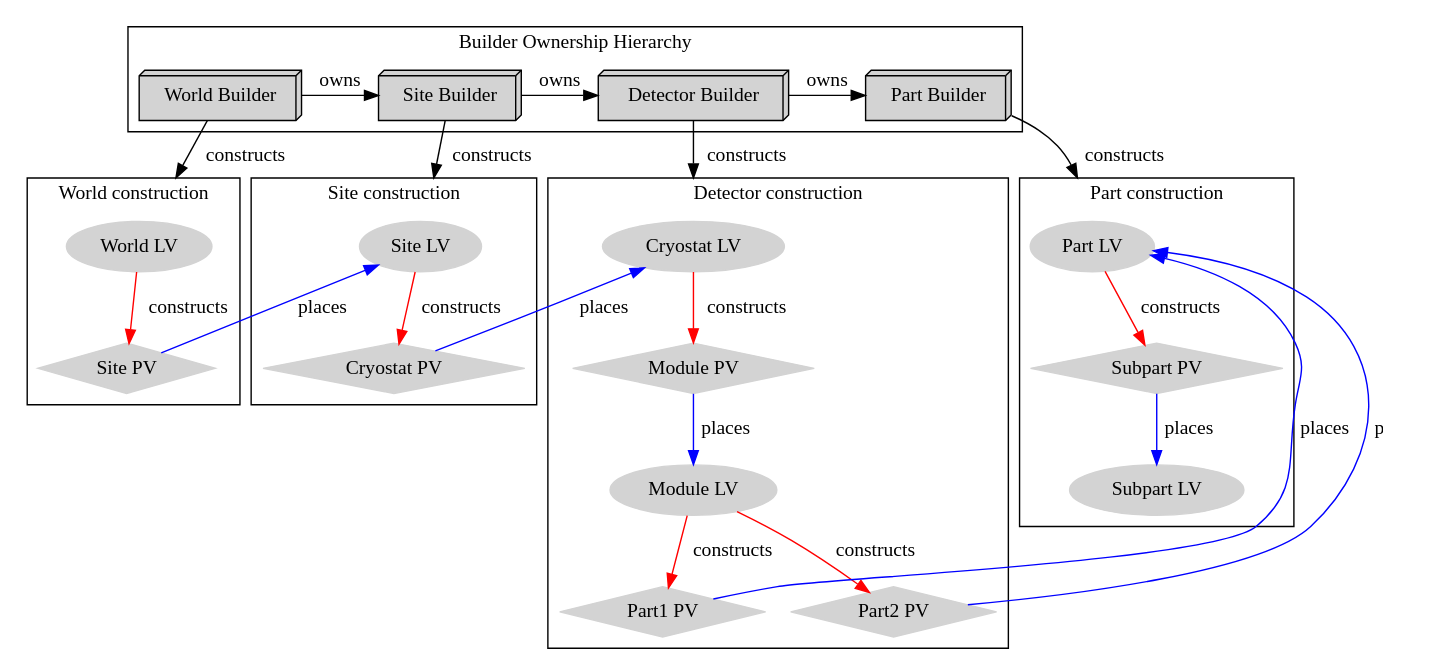
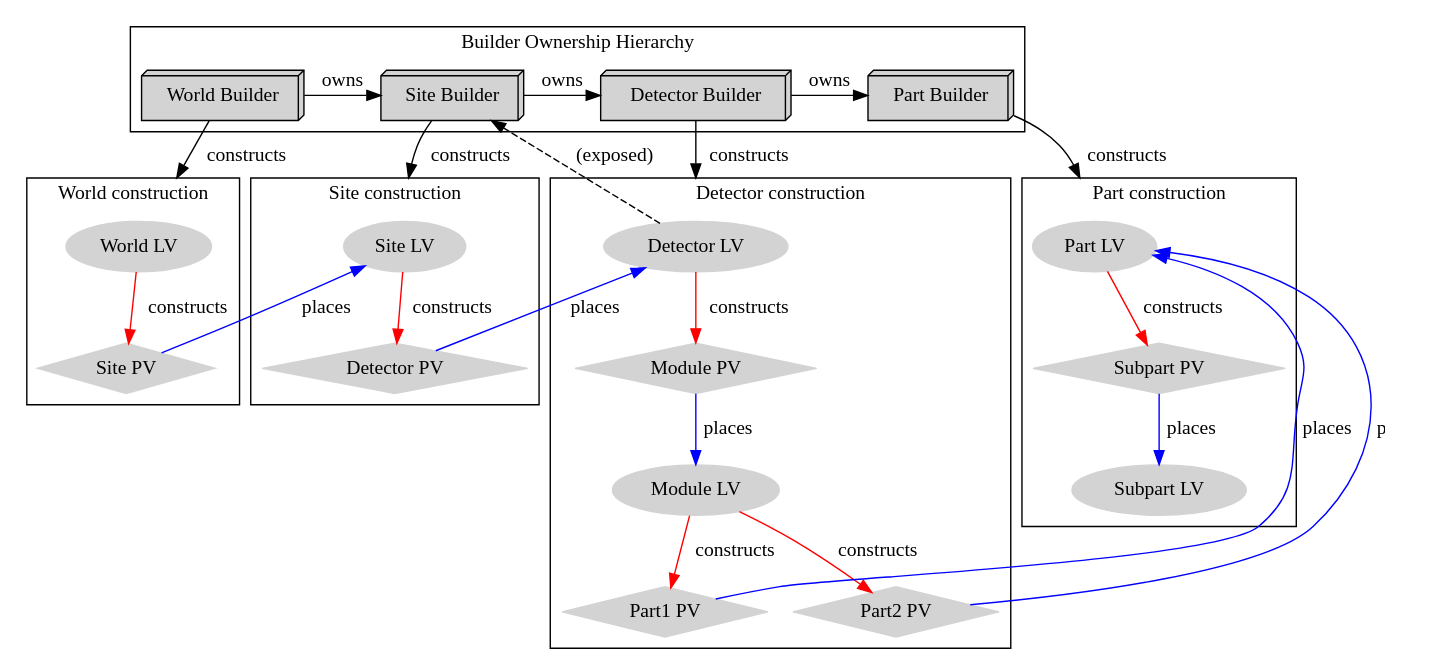
Before and after one commit to brettviren/gegede: the diagram in doc/buildhier2.dot, drawn with Graphviz. The commit also changed 1 other file, not shown here.

```diff
--- a/doc/buildhier2.dot
+++ b/doc/buildhier2.dot
@@ -1,78 +1,81 @@
 digraph "buildhier" {
 	graph [dpi = 75];
 	
 
 
 	// builders
 	subgraph cluster_builders {
 		rankdir=LR;
 		
 		label="Builder Ownership Hierarchy";
 		node[group=builders, shape=box3d,style=filled]
 		worldB[label="World Builder"];
 		siteB[label="Site Builder"];
 		detB[label="Detector Builder"];
 		apaB[label="Part Builder"];
 		{rank=same;worldB;siteB;detB;apaB}
 		worldB->siteB->detB->apaB[label="owns", constraint=false];
 	}
 
 	// logical volumes
 	node[group=lvols, shape=ellipse, style=filled, color=lightgrey];
         worldLV[label="World LV"];
 	siteLV[label="Site LV"];
-	tankLV[label="Cryostat LV"];
+	tankLV[label="Detector LV"];
 	larLV[label="Module LV"];
 	apaLV[label="Part LV"];
 	wiresLV[label="Subpart LV"];
         
 	// placements
 	node[group=pvols, shape=diamond, style=filled, color=lightgrey];
 	sitePV [label="Site PV"];
-	tankPV [label="Cryostat PV"];
+	tankPV [label="Detector PV"];
 	larPV [label="Module PV"];
 	apaPV1 [label="Part1 PV"];
 	apaPV2 [label="Part2 PV"];
 	wiresPV [label="Subpart PV"];
 
 	// any other nodes are invisible
 	node[shape=none, width=0, height=0, label=""];
 	edge[color="red",label="constructs"];
 
 	subgraph cluster_worldB {
 		label="World construction";
 		worldLV -> sitePV;
 	}
 	subgraph cluster_siteB {
 		label="Site construction";
 		siteLV -> tankPV;
 	}
 	subgraph cluster_detB {
 		label="Detector construction";
 		tankLV -> larPV;
 		larPV -> larLV[color=blue,label="places"];
 		larLV -> apaPV1;
 		larLV -> apaPV2;
 	}
 	subgraph cluster_apaB {
 		label="Part construction";
 		apaLV -> wiresPV;
 		wiresPV -> wiresLV[color=blue,label="places"];
 	}
 
 	compound=true;
 	edge[color="black",label="constructs"];
 	worldB->worldLV[lhead=cluster_worldB];
 	siteB->siteLV[lhead=cluster_siteB];
 	detB->tankLV[lhead=cluster_detB];
 	apaB -> apaLV[style=invis];
 	apaB -> apaLV[lhead=cluster_apaB];
 
 	
 	edge[color="blue",weight=0,label="places"];
 	sitePV->siteLV;
 	tankPV->tankLV;
 	apaPV1->apaLV;
 	apaPV2->apaLV;
 	
+	edge[color="black",weight=0,label="(exposed)"];
+	tankLV->siteB[style=dashed];
+
 }
```
